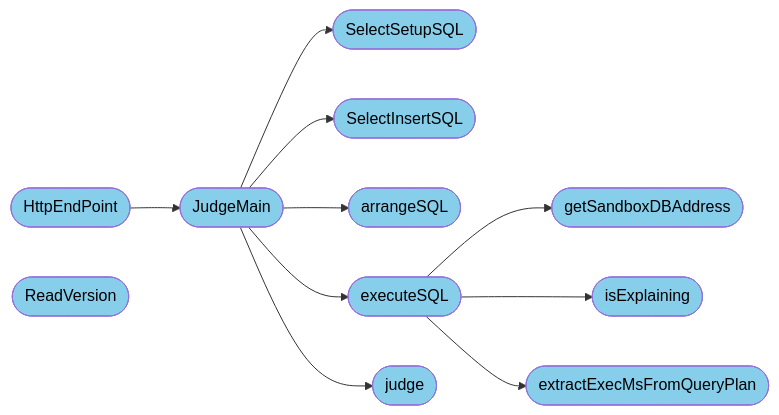
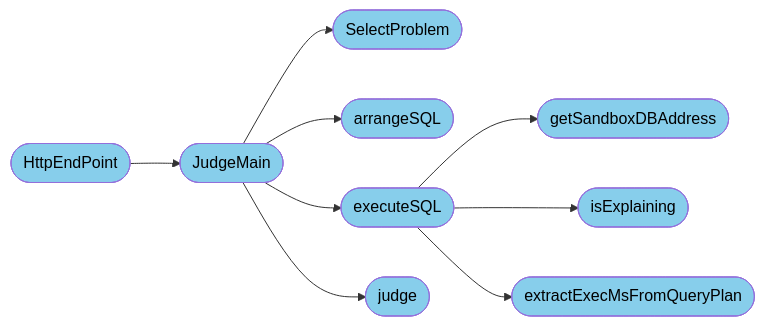
One commit to ryhoh/SQLover changed the second of 3 diagrams in internal/judge/doc.md. Above: the diagram before and after it, drawn with Mermaid. The commit also changed other lines of this file and 5 other files, not shown here.

````diff
--- a/internal/judge/doc.md
+++ b/internal/judge/doc.md
@@ -86,16 +77,13 @@
 ```mermaid
 graph LR
-    JudgeMain([JudgeMain]) --> SelectSetupSQL([SelectSetupSQL])
-    JudgeMain([JudgeMain]) --> SelectInsertSQL([SelectInsertSQL])
+    JudgeMain([JudgeMain]) --> SelectProblem([SelectProblem])
     HttpEndPoint([HttpEndPoint]) --> JudgeMain([JudgeMain]) --> arrangeSQL([arrangeSQL])
     JudgeMain([JudgeMain]) --> executeSQL([executeSQL]) --> getSandboxDBAddress([getSandboxDBAddress])
     executeSQL --> isExplaining([isExplaining])
     executeSQL --> extractExecMsFromQueryPlan([extractExecMsFromQueryPlan])
     JudgeMain([JudgeMain]) --> judge([judge])
 
-    ReadVersion([ReadVersion])
-
     classDef func fill:skyblue,color:#000
     
-    class HttpEndPoint,JudgeMain,arrangeSQL,executeSQL,getSandboxDBAddress,judge,SelectSetupSQL,SelectInsertSQL,isExplaining,extractExecMsFromQueryPlan,ReadVersion func;
+    class HttpEndPoint,JudgeMain,arrangeSQL,executeSQL,getSandboxDBAddress,judge,SelectProblem,isExplaining,extractExecMsFromQueryPlan,ReadVersion func;
 ```
````
